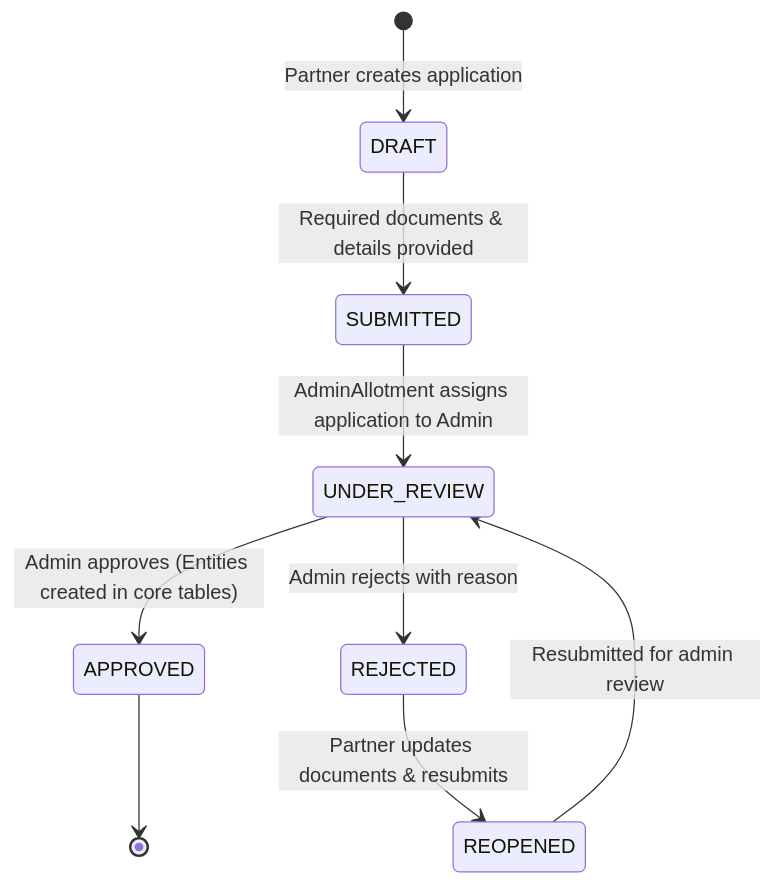
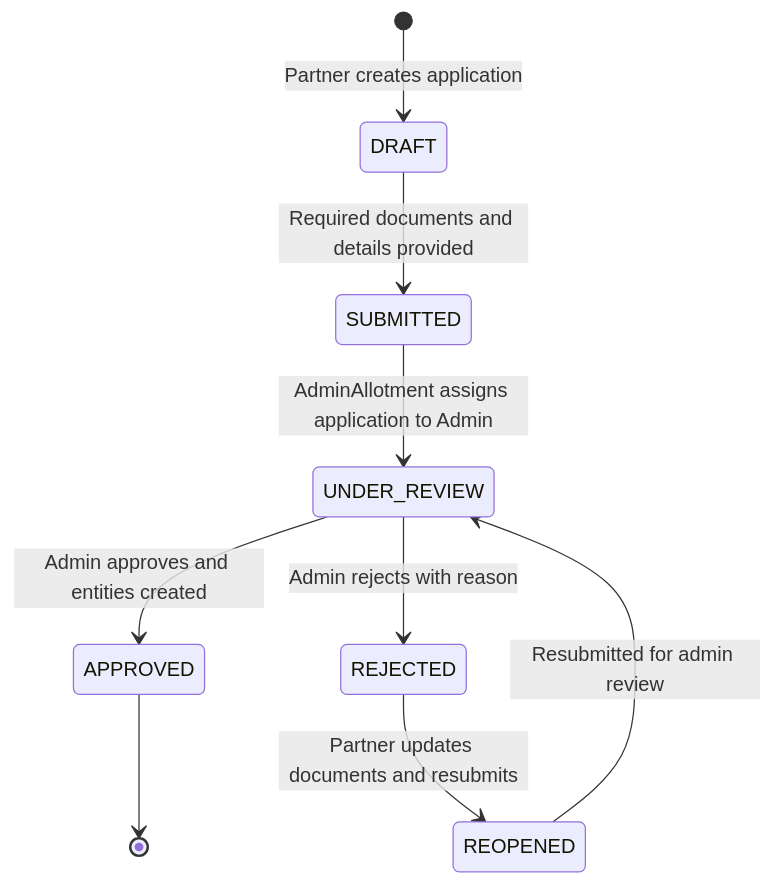
Before and after one commit to eshant52/quickbite-backend: the fifth of 6 diagrams in docs/architecture.md, drawn with Mermaid. The commit also changed other lines of this file and 8 other files, not shown here.

First line of the commit message:
docs: add order lifecycle guide and update architecture documentation

````diff
--- a/docs/architecture.md
+++ b/docs/architecture.md
@@ -249,14 +252,14 @@
 ```mermaid
 stateDiagram-v2
     [*] --> DRAFT: Partner creates application
-    DRAFT --> SUBMITTED: Required documents & details provided
+    DRAFT --> SUBMITTED: Required documents and details provided
     
     SUBMITTED --> UNDER_REVIEW: AdminAllotment assigns application to Admin
-    UNDER_REVIEW --> APPROVED: Admin approves (Entities created in core tables)
+    UNDER_REVIEW --> APPROVED: Admin approves and entities created
     UNDER_REVIEW --> REJECTED: Admin rejects with reason
     
-    REJECTED --> REOPENED: Partner updates documents & resubmits
+    REJECTED --> REOPENED: Partner updates documents and resubmits
     REOPENED --> UNDER_REVIEW: Resubmitted for admin review
     
     APPROVED --> [*]
 ```
````
